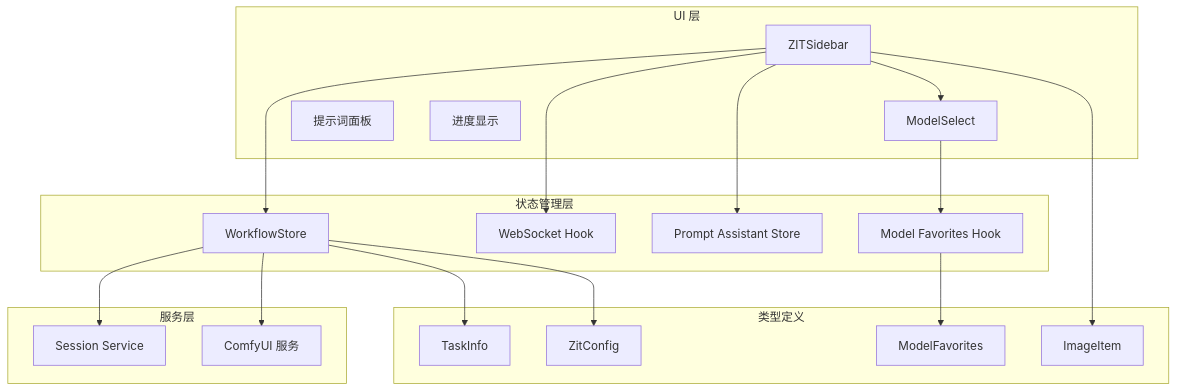
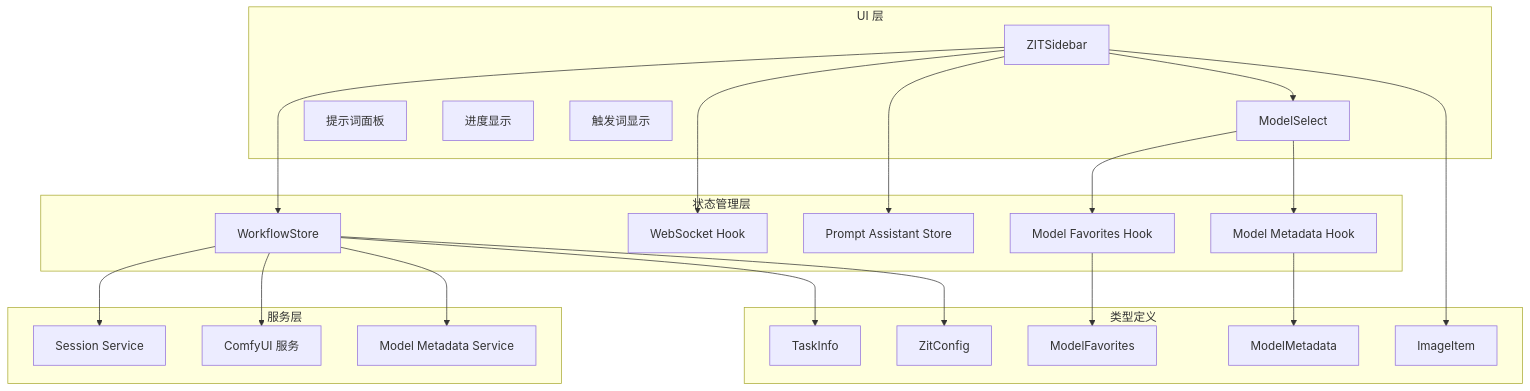
One commit to billye220670/CorineKit_Pix2Real changed the seventh of 9 diagrams in .qoder/repowiki/zh/content/用户界面组件/控制面板组件/ZIT快出侧边栏.md. Above: the diagram before and after it, drawn with Mermaid. The commit also changed other lines of this file and 11 other files, not shown here.

````diff
--- a/.qoder/repowiki/zh/content/用户界面组件/控制面板组件/ZIT快出侧边栏.md
+++ b/.qoder/repowiki/zh/content/用户界面组件/控制面板组件/ZIT快出侧边栏.md
@@ -344,36 +381,43 @@
 ```mermaid
 graph TB
 subgraph "UI 层"
 A[ZITSidebar]
 B[ModelSelect]
 C[提示词面板]
 D[进度显示]
+E[触发词显示]
 end
 subgraph "状态管理层"
-E[WorkflowStore]
-F[WebSocket Hook]
-G[Prompt Assistant Store]
-H[Model Favorites Hook]
+F[WorkflowStore]
+G[WebSocket Hook]
+H[Prompt Assistant Store]
+I[Model Favorites Hook]
+J[Model Metadata Hook]
 end
 subgraph "服务层"
-I[Session Service]
-J[ComfyUI 服务]
+K[Session Service]
+L[ComfyUI 服务]
+M[Model Metadata Service]
 end
 subgraph "类型定义"
-K[ImageItem]
-L[TaskInfo]
-M[ZitConfig]
-N[ModelFavorites]
+N[ImageItem]
+O[TaskInfo]
+P[ZitConfig]
+Q[ModelMetadata]
+R[ModelFavorites]
 end
-A --> E
 A --> F
 A --> G
+A --> H
 A --> B
-B --> H
-E --> I
-E --> J
-A --> K
-E --> L
-E --> M
-H --> N
+B --> I
+B --> J
+F --> K
+F --> L
+F --> M
+A --> N
+F --> O
+F --> P
+I --> R
+J --> Q
 ```
````
